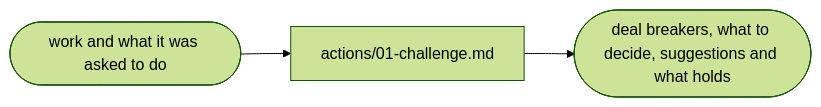
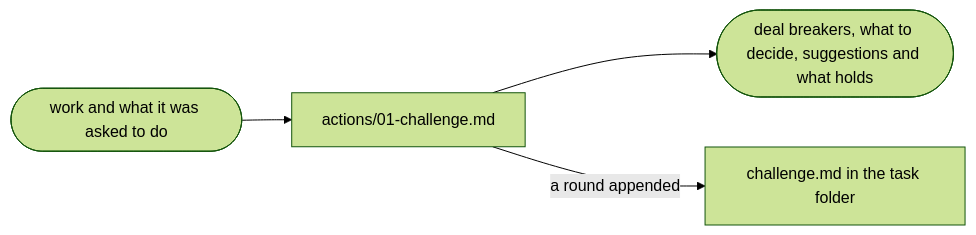
Before and after one commit to ai-driven-dev/framework: the diagram in plugins/aidd-refine/skills/02-challenge/SKILL.md, drawn with Mermaid (forest theme). The commit also changed 1 other file, not shown here.

Commit message:
feat(aidd-refine): keep each challenge round in the task folder
The challenge report only lived in the reply, so an orchestrated run read
it and moved on, and nobody could see it afterwards. Each round is now
appended to challenge.md: in the task folder named, else the plan's, else
a folder of its own, since a challenge does not always follow a plan.

Claude-Session: https://claude.ai/code/session_01XeK3mBhjkzgush9W7NyP9C

````diff
--- a/plugins/aidd-refine/skills/02-challenge/SKILL.md
+++ b/plugins/aidd-refine/skills/02-challenge/SKILL.md
@@ -9,5 +9,6 @@
 ```mermaid
 flowchart LR
   work([work and what it was asked to do]) --> challenge["actions/01-challenge.md"]
   challenge --> report([deal breakers, what to decide, suggestions and what holds])
+  challenge -->|"a round appended"| file["challenge.md in the task folder"]
 ```
````
